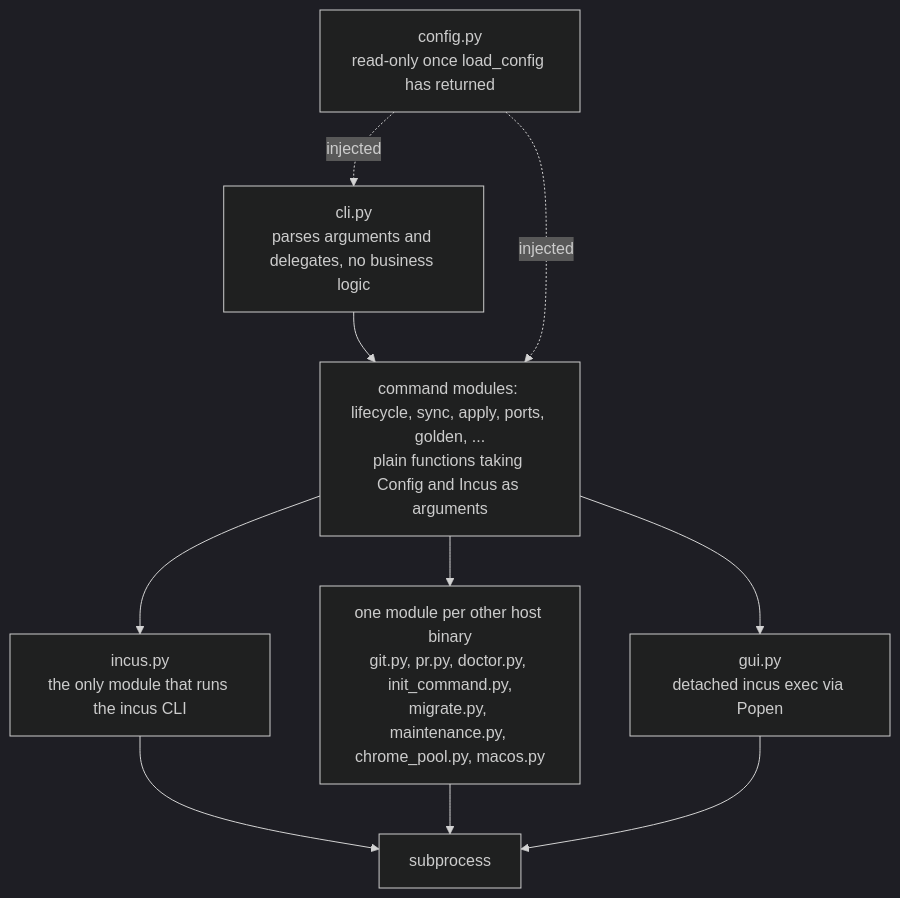
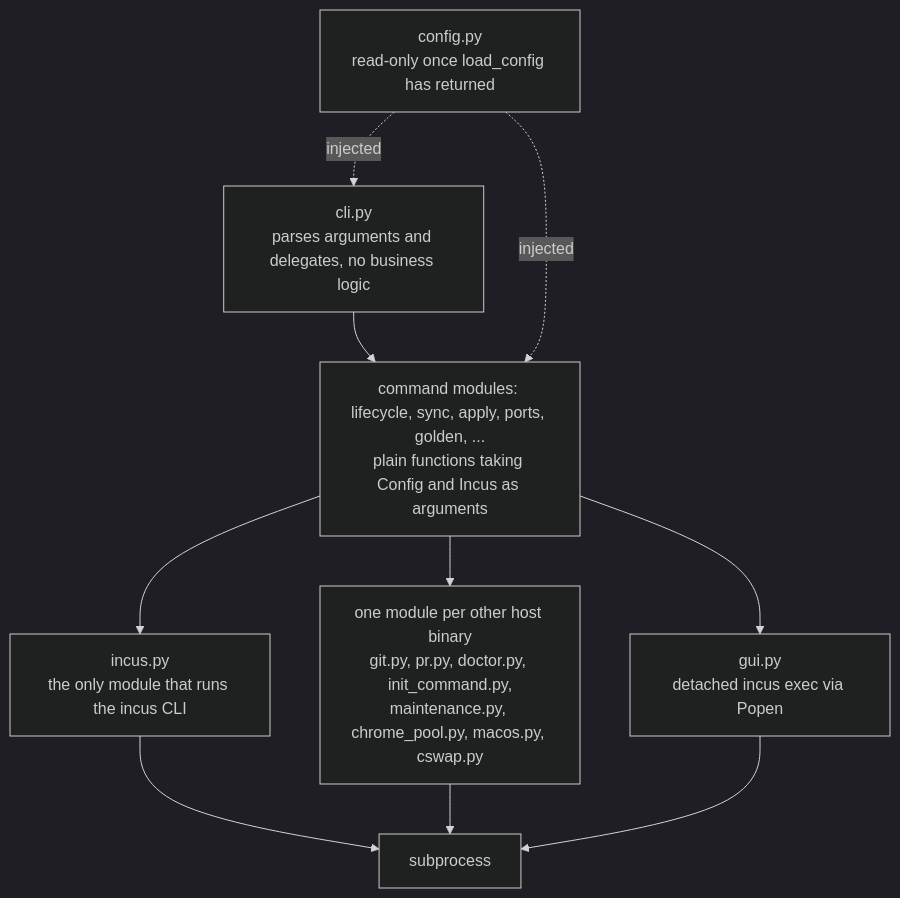
The diagram in CONTRIBUTING.md (VRTFinland/jailbee), drawn with Mermaid (dark theme) before and after one commit. The commit also changed other lines of this file and 6 other files, not shown here.

First line of the commit message:
docs(claude): document the account pool, its skill and its host verification

````diff
--- a/CONTRIBUTING.md
+++ b/CONTRIBUTING.md
@@ -84,20 +84,20 @@
 ```mermaid
 flowchart TB
     CLI["cli.py<br>parses arguments and delegates, no business logic"]
     MOD["command modules: lifecycle, sync, apply, ports, golden, ...<br>plain functions taking Config and Incus as arguments"]
     CFG["config.py<br>read-only once load_config has returned"]
     INC["incus.py<br>the only module that runs the incus CLI"]
-    OTH["one module per other host binary<br>git.py, pr.py, doctor.py, init_command.py,<br>migrate.py, maintenance.py, chrome_pool.py, macos.py"]
+    OTH["one module per other host binary<br>git.py, pr.py, doctor.py, init_command.py,<br>maintenance.py, chrome_pool.py, macos.py, cswap.py"]
     GUI["gui.py<br>detached incus exec via Popen"]
     SP["subprocess"]
 
     CLI --> MOD
     CFG -.->|"injected"| CLI
     CFG -.->|"injected"| MOD
     MOD --> INC
     MOD --> OTH
     MOD --> GUI
     INC --> SP
     OTH --> SP
     GUI --> SP
 ```
````
